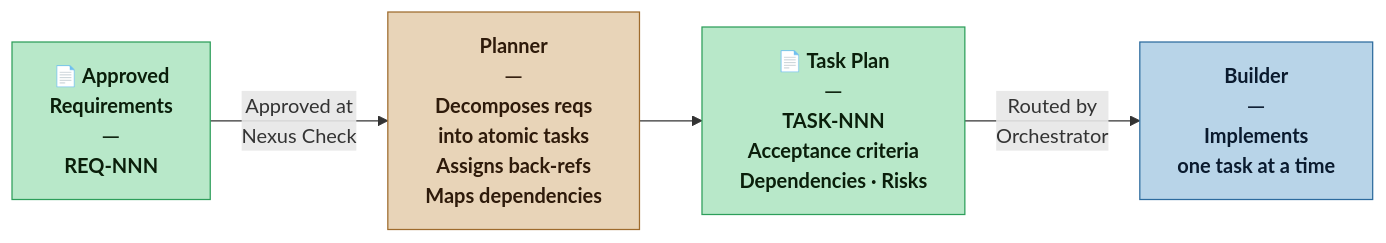
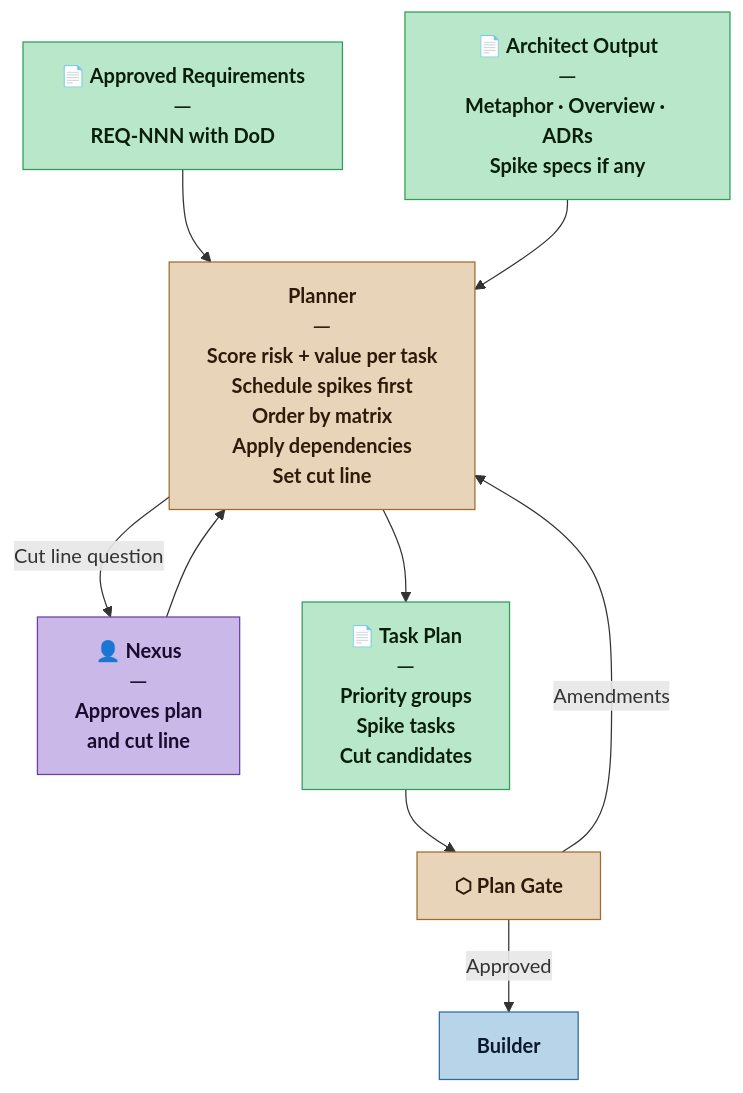
One commit to loskylp/Nexus-SDLC changed the first of 2 diagrams in agents/planner.md. Above: the diagram before and after it, drawn with Mermaid. The commit also changed other lines of this file and 4 other files, not shown here.

First line of the commit message:
Complete Planner agent: task sizing, release planning, hypothesis-driven value

````diff
--- a/agents/planner.md
+++ b/agents/planner.md
@@ -13,16 +15,25 @@
 ```mermaid
-flowchart LR
+flowchart TD
     classDef nexus    fill:#c9b8e8,stroke:#6b3fa0,color:#1a0a2e,font-weight:bold
     classDef self     fill:#e8d4b8,stroke:#9e6b2d,color:#2e1a0a,font-weight:bold
     classDef artifact fill:#b8e8c9,stroke:#2d9e5a,color:#0a1e0a,font-weight:bold
     classDef agent    fill:#b8d4e8,stroke:#2d6b9e,color:#0a1a2e,font-weight:bold
+    classDef gate     fill:#e8d4b8,stroke:#9e6b2d,color:#2e1a0a,font-weight:bold
 
-    RQ["📄 Approved<br/>Requirements<br/>─<br/>REQ-NNN"]:::artifact
-    PL["Planner<br/>─<br/>Decomposes reqs<br/>into atomic tasks<br/>Assigns back-refs<br/>Maps dependencies"]:::self
-    TP["📄 Task Plan<br/>─<br/>TASK-NNN<br/>Acceptance criteria<br/>Dependencies · Risks"]:::artifact
-    BU["Builder<br/>─<br/>Implements<br/>one task at a time"]:::agent
+    RQ["📄 Approved Requirements<br/>─<br/>REQ-NNN with DoD"]:::artifact
+    AR["📄 Architect Output<br/>─<br/>Metaphor · Overview · ADRs<br/>Spike specs if any"]:::artifact
+    PL["Planner<br/>─<br/>Score risk + value per task<br/>Schedule spikes first<br/>Order by matrix<br/>Apply dependencies<br/>Set cut line"]:::self
+    NX["👤 Nexus<br/>─<br/>Approves plan<br/>and cut line"]:::nexus
+    TP["📄 Task Plan<br/>─<br/>Priority groups<br/>Spike tasks<br/>Cut candidates"]:::artifact
+    BU["Builder"]:::agent
+    GATE["⬡ Plan Gate"]:::gate
 
-    RQ -->|"Approved at<br/>Nexus Check"| PL
+    RQ --> PL
+    AR --> PL
     PL --> TP
-    TP -->|"Routed by<br/>Orchestrator"| BU
+    TP --> GATE
+    GATE -->|"Approved"| BU
+    GATE -->|"Amendments"| PL
+    PL -->|"Cut line question"| NX
+    NX --> PL
 ```
````
